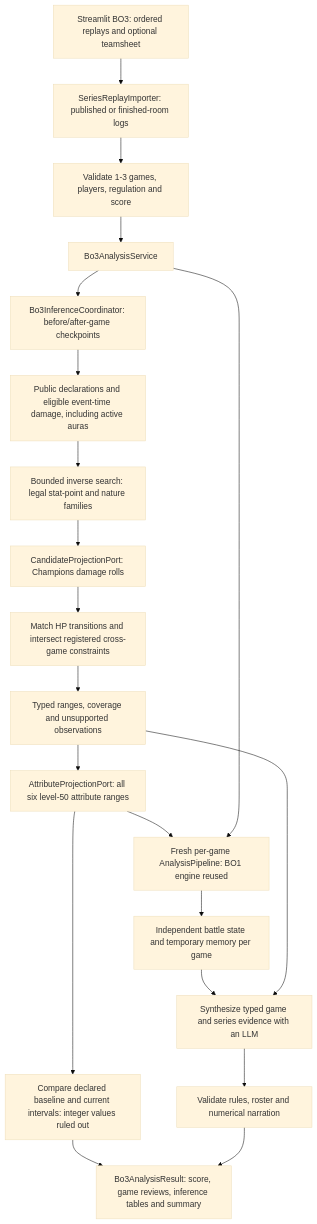
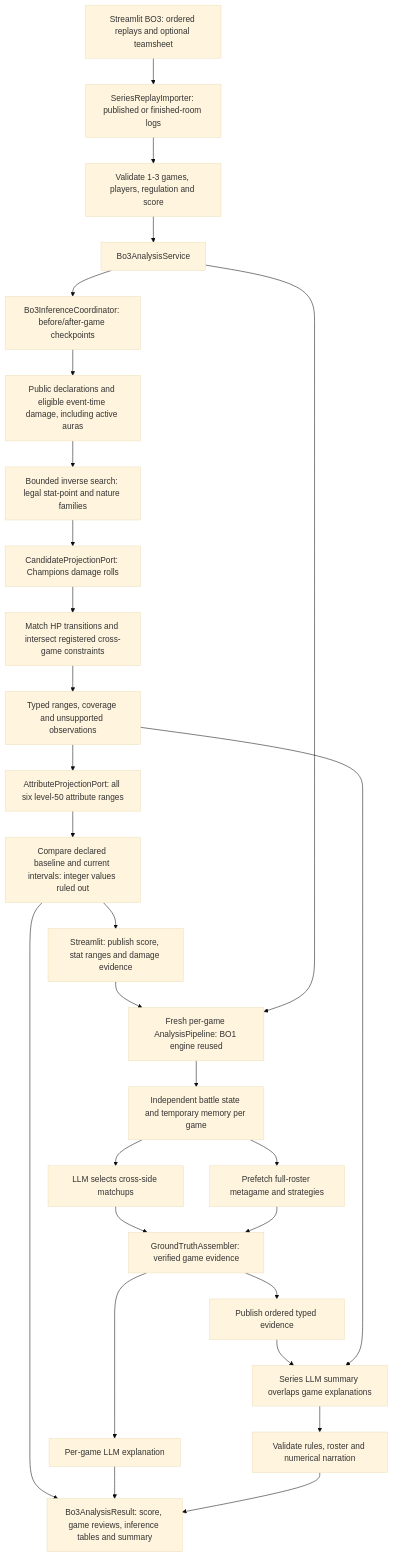
Before and after one commit to Huarada/professor-VGC: the second of 3 diagrams in README.md, drawn with Mermaid (base theme). The commit also changed other lines of this file and 54 other files, not shown here.

Commit message:
feat(bo3): publish evidence early and compare analysis depths

````diff
--- a/README.md
+++ b/README.md
@@ -87,22 +96,30 @@
 ```mermaid
 flowchart TD
     input["Streamlit BO3: ordered replays and optional teamsheet"] --> importer["SeriesReplayImporter: published or finished-room logs"]
     importer --> validate["Validate 1-3 games, players, regulation and score"]
     validate --> service["Bo3AnalysisService"]
     service --> inverse["Bo3InferenceCoordinator: before/after-game checkpoints"]
     inverse --> facts["Public declarations and eligible event-time damage, including active auras"]
     facts --> solve["Bounded inverse search: legal stat-point and nature families"]
     solve --> candidate["CandidateProjectionPort: Champions damage rolls"]
     candidate --> match["Match HP transitions and intersect registered cross-game constraints"]
     match --> inferred["Typed ranges, coverage and unsupported observations"]
     inferred --> attributes["AttributeProjectionPort: all six level-50 attribute ranges"]
     attributes --> reduction["Compare declared baseline and current intervals: integer values ruled out"]
+    reduction --> preview["Streamlit: publish score, stat ranges and damage evidence"]
+    preview --> reviews["Fresh per-game AnalysisPipeline: BO1 engine reused"]
     reduction --> result
-    attributes --> reviews["Fresh per-game AnalysisPipeline: BO1 engine reused"]
     service --> reviews
     reviews --> isolated["Independent battle state and temporary memory per game"]
-    isolated --> synthesis["Synthesize typed game and series evidence with an LLM"]
+    isolated --> selection["LLM selects cross-side matchups"]
+    isolated --> prefetch["Prefetch full-roster metagame and strategies"]
+    selection --> gameEvidence["GroundTruthAssembler: verified game evidence"]
+    prefetch --> gameEvidence
+    gameEvidence --> explanation["Per-game LLM explanation"]
+    gameEvidence --> publication["Publish ordered typed evidence"]
+    publication --> synthesis["Series LLM summary overlaps game explanations"]
     inferred --> synthesis
+    explanation --> result
     synthesis --> guard["Validate rules, roster and numerical narration"]
     guard --> result["Bo3AnalysisResult: score, game reviews, inference tables and summary"]
 ```
````
